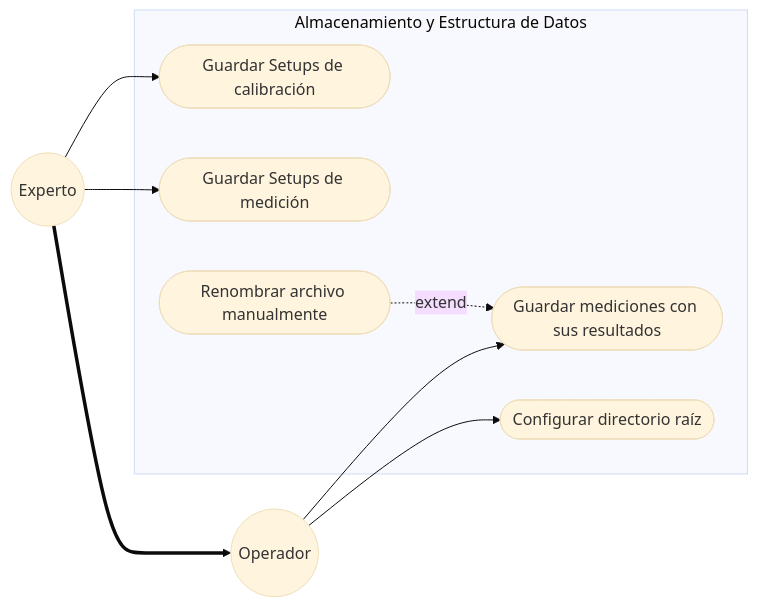
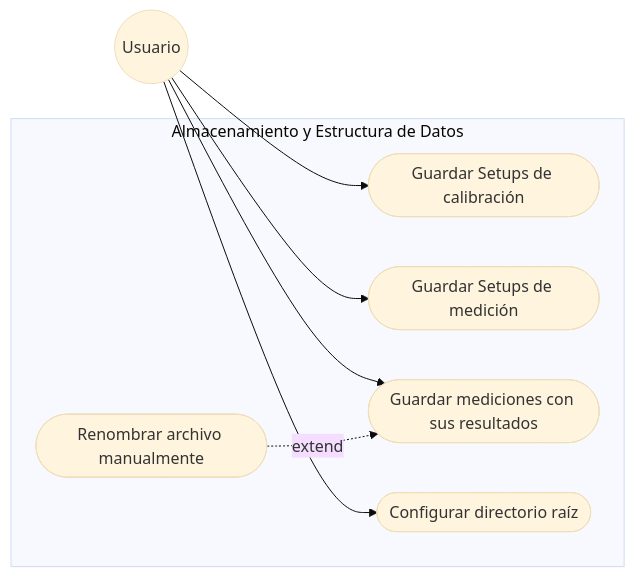
Diagram 11 of 22 in Gmini-MarkDown/Guanaco Mini.md (alegrelias/Repo-GMini), drawn with Mermaid (base theme) before and after one commit. The commit also changed other lines of this file, not shown here.

Commit message:
Se agregan diagramas de CU actualizados al documento

````diff
--- a/Gmini-MarkDown/Guanaco Mini.md
+++ b/Gmini-MarkDown/Guanaco Mini.md
@@ -733,26 +720,22 @@
 ```mermaid
 flowchart LR
 %% Actores
-Operador((Operador))
-Experto((Experto))
-
-%% Jerarquía
-Experto ==> Operador
+Usuario((Usuario))
 
 subgraph Almacenamiento y Estructura de Datos
 	CU1([Guardar Setups de calibración])
 	CU2([Guardar Setups de medición])
 	CU3([Guardar mediciones con sus resultados])
 	CU4([Configurar directorio raíz])
 	CU5([Renombrar archivo manualmente])
 end
 
 %% Asociaciones
-Experto --> CU1
-Experto --> CU2
-Operador --> CU3
-Operador --> CU4
+Usuario --> CU1
+Usuario --> CU2
+Usuario --> CU3
+Usuario --> CU4
 
 %% Relaciones Include/Extend
 CU5 -.extend.-> CU3
 ```
````
